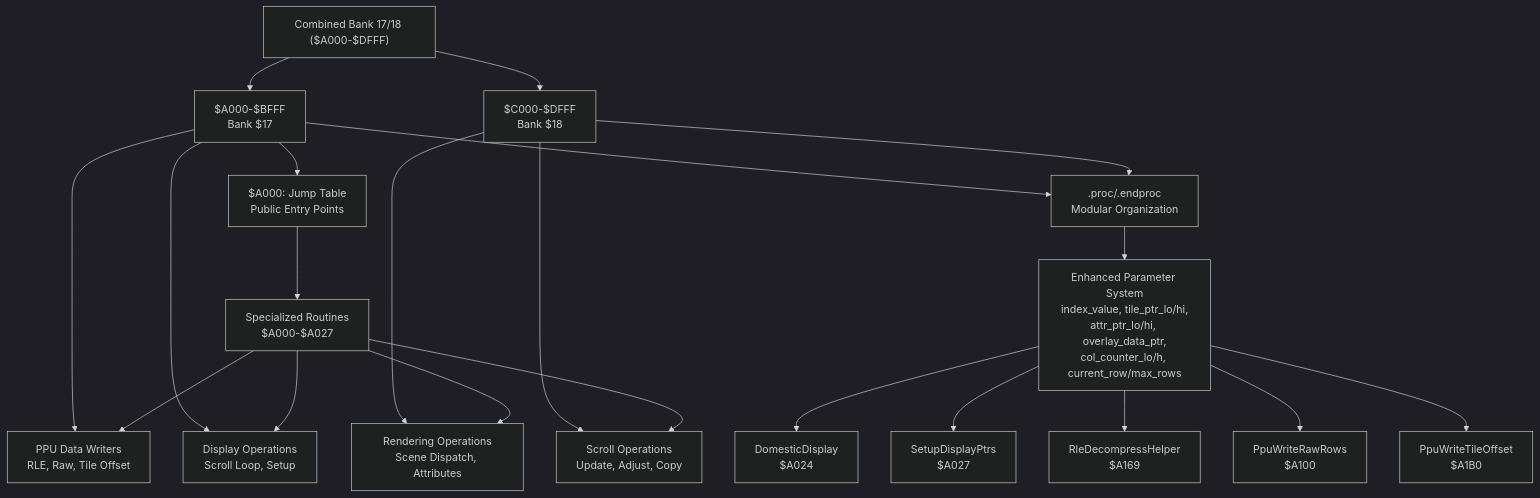
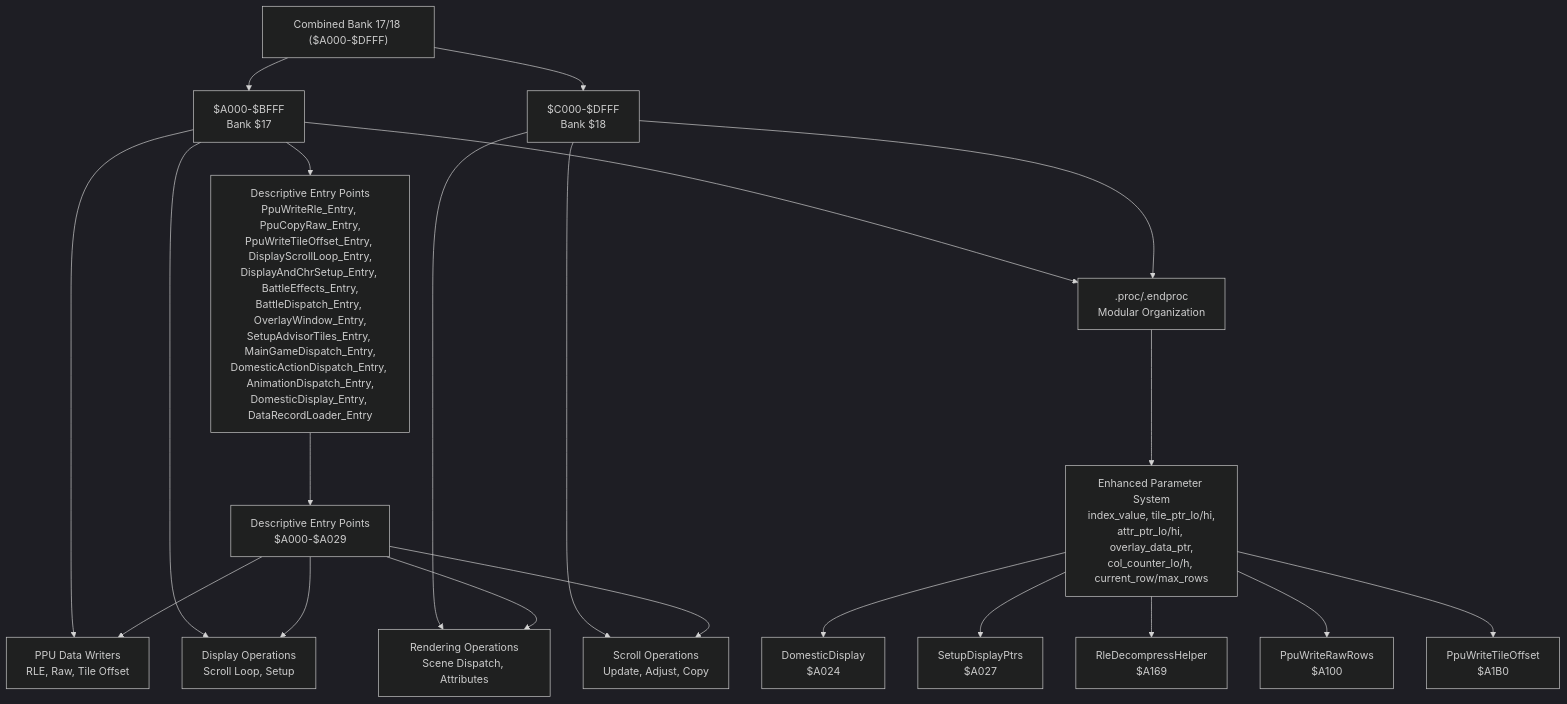
The seventh of 15 diagrams in .qoder/repowiki/en/content/Assembly Architecture/Assembly Architecture.md (rabbyzero/sango2dasm), drawn with Mermaid (dark theme) before and after one commit. The commit also changed other lines of this file and 18 other files, not shown here.

````diff
--- a/.qoder/repowiki/en/content/Assembly Architecture/Assembly Architecture.md
+++ b/.qoder/repowiki/en/content/Assembly Architecture/Assembly Architecture.md
@@ -354,24 +463,24 @@
 ```mermaid
 flowchart TD
 COMBINED17_18["Combined Bank 17/18 ($A000-$DFFF)"] --> BANKA["$A000-$BFFF<br/>Bank $17"]
 COMBINED17_18 --> BANKB["$C000-$DFFF<br/>Bank $18"]
-BANKA --> JUMPTABLE["$A000: Jump Table<br/>Public Entry Points"]
+BANKA --> ENHANCEDENTRIES["Descriptive Entry Points<br/>PpuWriteRle_Entry, PpuCopyRaw_Entry,<br/>PpuWriteTileOffset_Entry, DisplayScrollLoop_Entry,<br/>DisplayAndChrSetup_Entry, BattleEffects_Entry,<br/>BattleDispatch_Entry, OverlayWindow_Entry,<br/>SetupAdvisorTiles_Entry, MainGameDispatch_Entry,<br/>DomesticActionDispatch_Entry, AnimationDispatch_Entry,<br/>DomesticDisplay_Entry, DataRecordLoader_Entry"]
 BANKA --> PPUWRITERS["PPU Data Writers<br/>RLE, Raw, Tile Offset"]
 BANKA --> DISPLAYOPS["Display Operations<br/>Scroll Loop, Setup"]
 BANKB --> RENDEROPS["Rendering Operations<br/>Scene Dispatch, Attributes"]
 BANKB --> SCROLLOPS["Scroll Operations<br/>Update, Adjust, Copy"]
 BANKA --> PROC[".proc/.endproc<br/>Modular Organization"]
 BANKB --> PROC
 PARAMSYS["Enhanced Parameter System<br/>index_value, tile_ptr_lo/hi,<br/>attr_ptr_lo/hi, overlay_data_ptr,<br/>col_counter_lo/h, current_row/max_rows"]
 PROC --> PARAMSYS
 PARAMSYS --> DOMESTIC["DomesticDisplay<br/>$A024"]
 PARAMSYS --> SETUP["SetupDisplayPtrs<br/>$A027"]
 PARAMSYS --> RLE["RleDecompressHelper<br/>$A169"]
 PARAMSYS --> RAWROWS["PpuWriteRawRows<br/>$A100"]
 PARAMSYS --> TILEOFFSET["PpuWriteTileOffset<br/>$A1B0"]
-JUMPTABLE --> ROUTINES["Specialized Routines<br/>$A000-$A027"]
+ENHANCEDENTRIES --> ROUTINES["Descriptive Entry Points<br/>$A000-$A029"]
 ROUTINES --> PPUWRITERS
 ROUTINES --> DISPLAYOPS
 ROUTINES --> RENDEROPS
 ROUTINES --> SCROLLOPS
 ```
````
